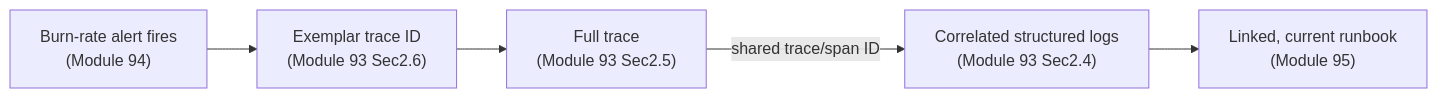
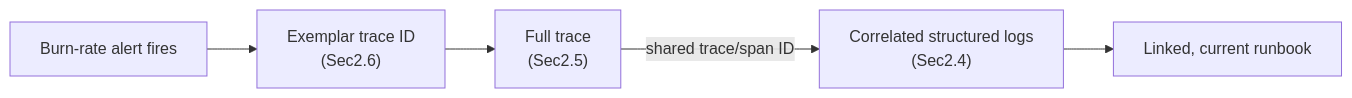
Before and after one commit to umashankarp/InterviewQuestions: the second of 3 diagrams in 27-Observability/04-ObservabilityPlatformArchitecture-Cardinality-Cost-MultiSignalCorrelation.md, drawn with Mermaid. The commit also changed other lines of this file and 173 other files, not shown here.

````diff
--- a/27-Observability/04-ObservabilityPlatformArchitecture-Cardinality-Cost-MultiSignalCorrelation.md
+++ b/27-Observability/04-ObservabilityPlatformArchitecture-Cardinality-Cost-MultiSignalCorrelation.md
@@ -98,7 +98,7 @@
 ```mermaid
 graph LR
-    Alert["Burn-rate alert fires<br/>(Module 94)"] --> Exemplar["Exemplar trace ID<br/>(Module 93 Sec2.6)"]
-    Exemplar --> Trace["Full trace<br/>(Module 93 Sec2.5)"]
-    Trace -->|"shared trace/span ID"| Logs["Correlated structured logs<br/>(Module 93 Sec2.4)"]
-    Logs --> Runbook["Linked, current runbook<br/>(Module 95)"]
+ Alert["Burn-rate alert fires<br/>"] --> Exemplar["Exemplar trace ID<br/>(Sec2.6)"]
+ Exemplar --> Trace["Full trace<br/>(Sec2.5)"]
+ Trace -->|"shared trace/span ID"| Logs["Correlated structured logs<br/>(Sec2.4)"]
+ Logs --> Runbook["Linked, current runbook<br/>"]
 ```
````
